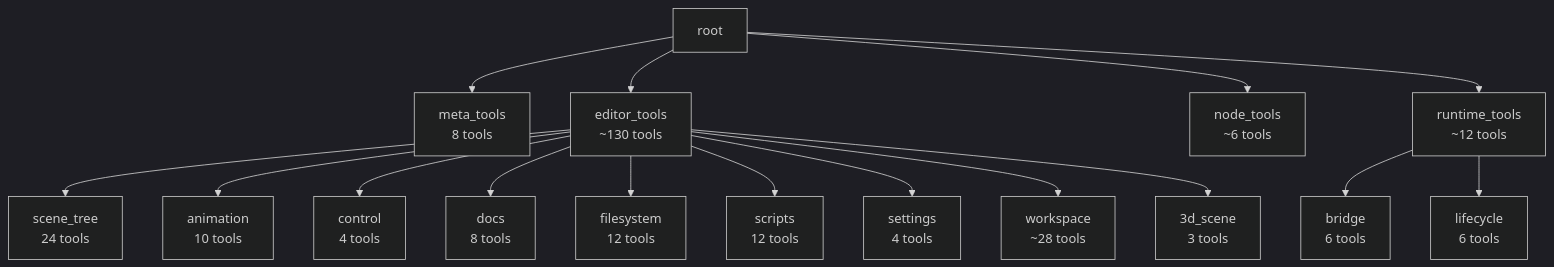
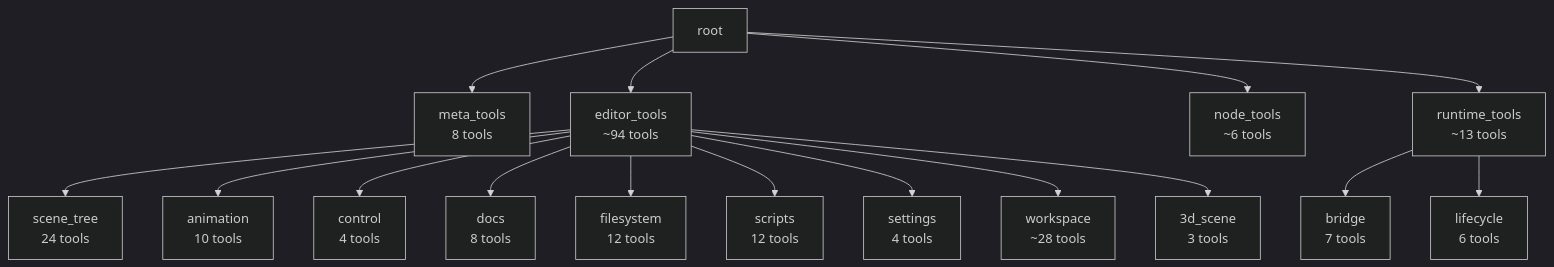
The fourth of 5 diagrams in .repo_wiki/modules/handler-registry.md (jesspig/GodotMCP-GDExtension), drawn with Mermaid (dark theme) before and after one commit. The commit also changed other lines of this file and 21 other files, not shown here.

````diff
--- a/.repo_wiki/modules/handler-registry.md
+++ b/.repo_wiki/modules/handler-registry.md
@@ -169,18 +169,18 @@
 ```mermaid
 graph TD
     ROOT["root"] --> META["meta_tools<br/>8 tools"]
-    ROOT --> EDITOR["editor_tools<br/>~130 tools"]
+    ROOT --> EDITOR["editor_tools<br/>~94 tools"]
     ROOT --> NODE["node_tools<br/>~6 tools"]
-    ROOT --> RUNTIME["runtime_tools<br/>~12 tools"]
+    ROOT --> RUNTIME["runtime_tools<br/>~13 tools"]
     EDITOR --> SCENE["scene_tree<br/>24 tools"]
     EDITOR --> ANIM["animation<br/>10 tools"]
     EDITOR --> CONTROL["control<br/>4 tools"]
     EDITOR --> DOCS["docs<br/>8 tools"]
     EDITOR --> FS["filesystem<br/>12 tools"]
     EDITOR --> SCRIPT["scripts<br/>12 tools"]
     EDITOR --> SETTINGS["settings<br/>4 tools"]
     EDITOR --> WORKSPACE["workspace<br/>~28 tools"]
     EDITOR --> _3D["3d_scene<br/>3 tools"]
-    RUNTIME --> BRIDGE["bridge<br/>6 tools"]
+    RUNTIME --> BRIDGE["bridge<br/>7 tools"]
     RUNTIME --> LIFE["lifecycle<br/>6 tools"]
 ```
````
